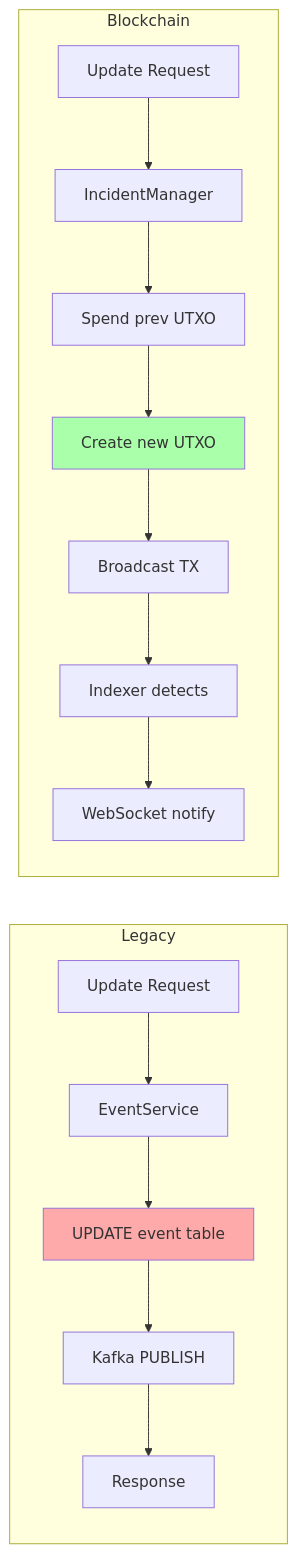
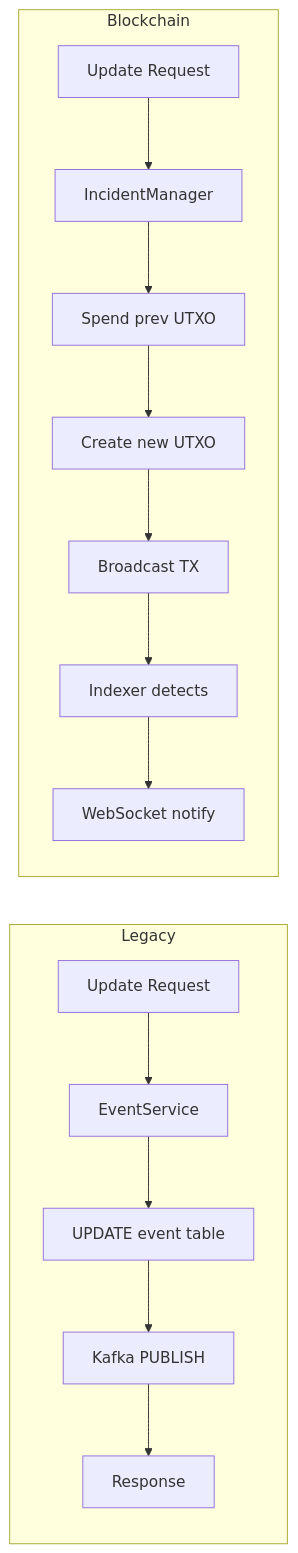
The third of 12 diagrams in docs/readme-functions.md (frogitzamna-wq/cad), drawn with Mermaid before and after one commit. The commit also changed other lines of this file and 2 other files, not shown here.

````diff
--- a/docs/readme-functions.md
+++ b/docs/readme-functions.md
@@ -99,21 +99,20 @@
 ```mermaid
 graph LR
     subgraph "Legacy"
         L1[Update Request] --> L2[EventService]
         L2 --> L3[UPDATE event table]
         L3 --> L4[Kafka PUBLISH]
         L4 --> L5[Response]
     end
     
     subgraph "Blockchain"
         B1[Update Request] --> B2[IncidentManager]
         B2 --> B3[Spend prev UTXO]
         B3 --> B4[Create new UTXO]
         B4 --> B5[Broadcast TX]
         B5 --> B6[Indexer detects]
         B6 --> B7[WebSocket notify]
     end
     
-    style L3 fill:#faa
-    style B4 fill:#afa
+
 ```
````
